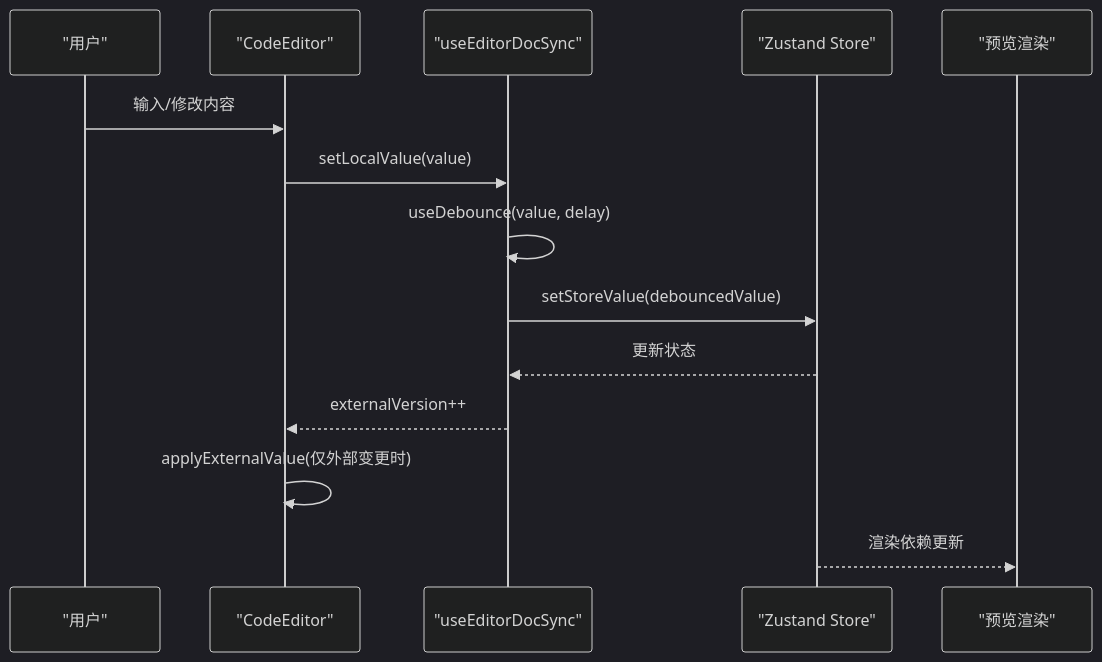
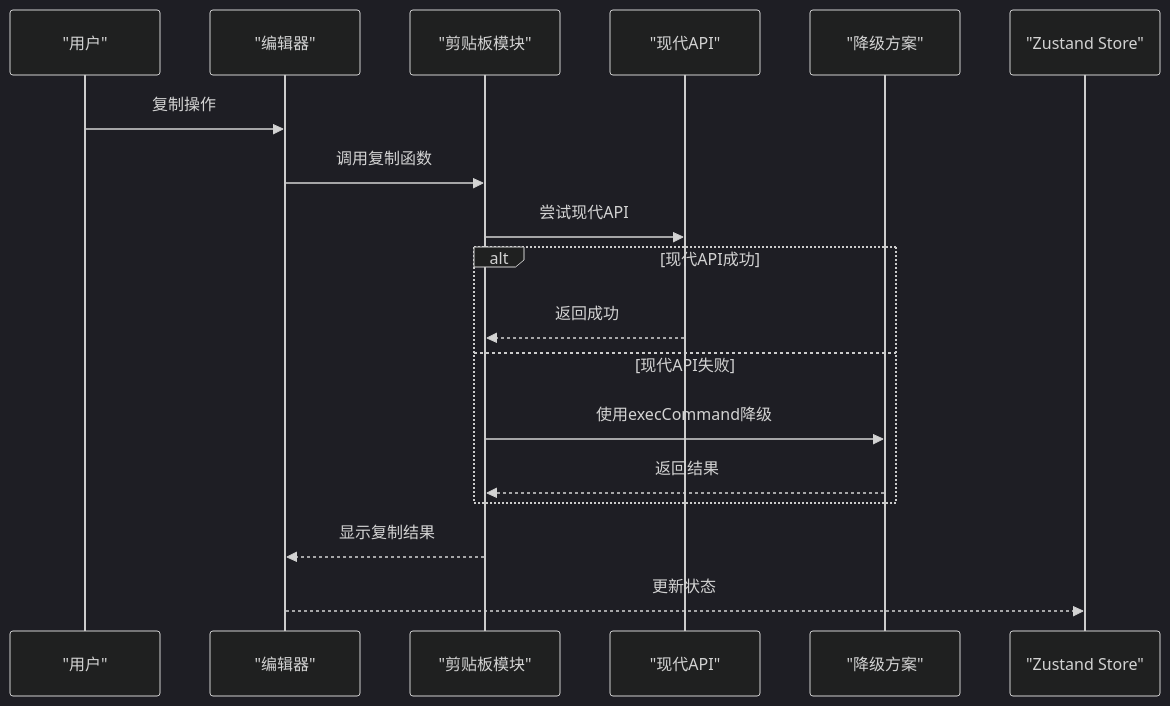
One commit to ZhongXiandou/markdown2view changed the second of 9 diagrams in .qoder/repowiki/zh/content/数据管理.md. Above: the diagram before and after it, drawn with Mermaid (dark theme). The commit also changed other lines of this file and 21 other files, not shown here.

````diff
--- a/.qoder/repowiki/zh/content/数据管理.md
+++ b/.qoder/repowiki/zh/content/数据管理.md
@@ -134,16 +175,20 @@
 ```mermaid
 sequenceDiagram
 participant User as "用户"
-participant Editor as "CodeEditor"
-participant Sync as "useEditorDocSync"
+participant Editor as "编辑器"
+participant Clip as "剪贴板模块"
+participant Modern as "现代API"
+participant Legacy as "降级方案"
 participant Store as "Zustand Store"
-participant Preview as "预览渲染"
-User->>Editor : 输入/修改内容
-Editor->>Sync : setLocalValue(value)
-Sync->>Sync : useDebounce(value, delay)
-Sync->>Store : setStoreValue(debouncedValue)
-Store-->>Sync : 更新状态
-Sync-->>Editor : externalVersion++
-Editor->>Editor : applyExternalValue(仅外部变更时)
-Store-->>Preview : 渲染依赖更新
+User->>Editor : 复制操作
+Editor->>Clip : 调用复制函数
+Clip->>Modern : 尝试现代API
+alt 现代API成功
+Modern-->>Clip : 返回成功
+else 现代API失败
+Clip->>Legacy : 使用execCommand降级
+Legacy-->>Clip : 返回结果
+end
+Clip-->>Editor : 显示复制结果
+Editor-->>Store : 更新状态
 ```
````
